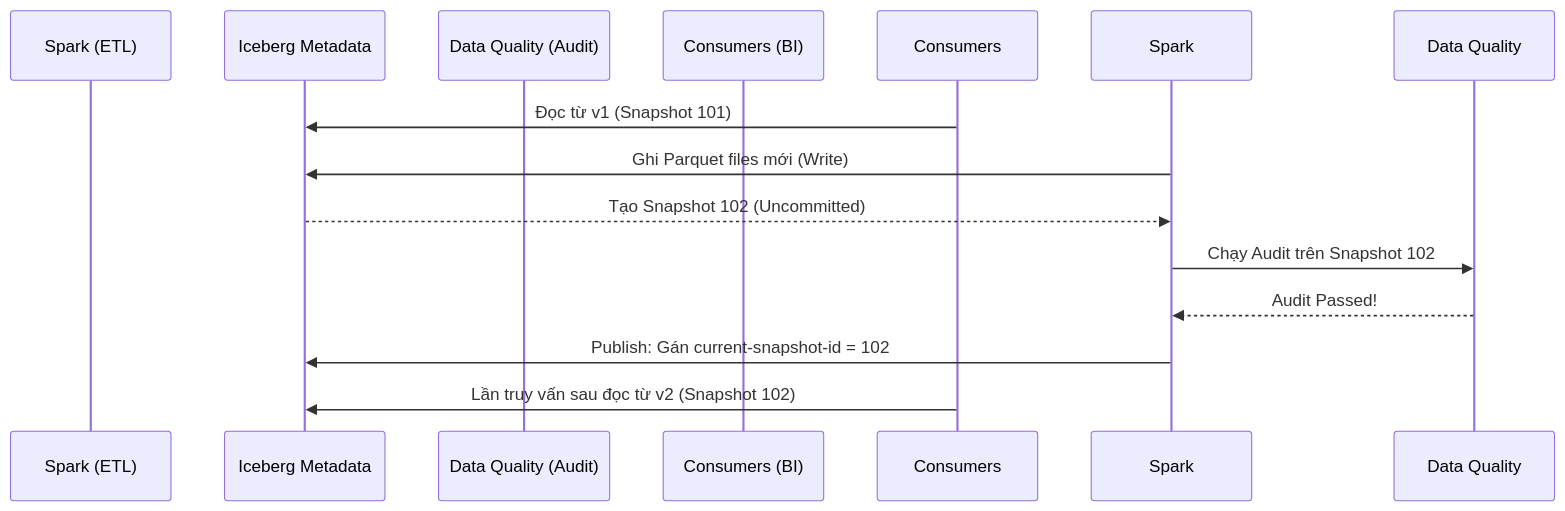
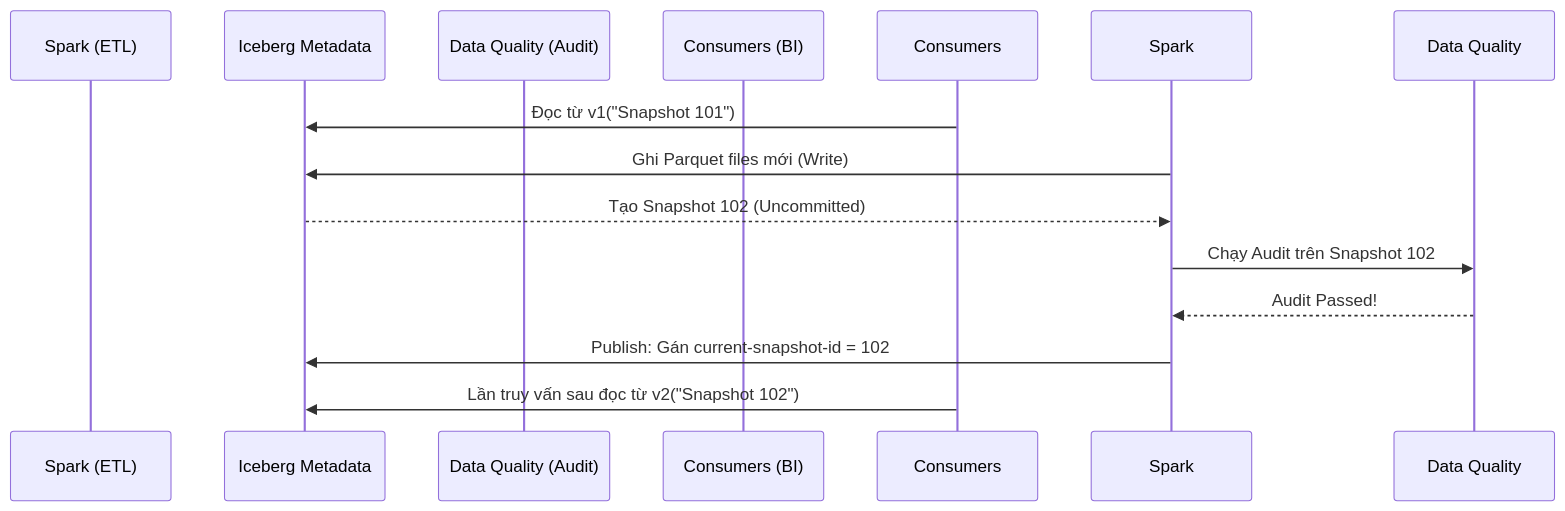
Before and after one commit to kythuatdulieu/kythuatdulieu.github.io: the second of 2 diagrams in src/content/docs/concepts/7-dataops-orchestration-quality/blue-green-deployment-data.md, drawn with Mermaid. The commit also changed other lines of this file and 190 other files, not shown here.

Commit message:
fix: resolve mermaid syntax, math rendering, and metadata issues from content rewrite

````diff
--- a/src/content/docs/concepts/7-dataops-orchestration-quality/blue-green-deployment-data.md
+++ b/src/content/docs/concepts/7-dataops-orchestration-quality/blue-green-deployment-data.md
@@ -87,15 +87,15 @@
 ```mermaid
 sequenceDiagram
     participant Spark (ETL)
     participant Iceberg Metadata
     participant Data Quality (Audit)
     participant Consumers (BI)
 
-    Consumers->>Iceberg Metadata: Đọc từ v1 (Snapshot 101)
+    Consumers->>Iceberg Metadata: Đọc từ v1("Snapshot 101")
     Spark->>Iceberg Metadata: Ghi Parquet files mới (Write)
     Iceberg Metadata-->>Spark: Tạo Snapshot 102 (Uncommitted)
     Spark->>Data Quality: Chạy Audit trên Snapshot 102
     Data Quality-->>Spark: Audit Passed!
     Spark->>Iceberg Metadata: Publish: Gán current-snapshot-id = 102
-    Consumers->>Iceberg Metadata: Lần truy vấn sau đọc từ v2 (Snapshot 102)
+    Consumers->>Iceberg Metadata: Lần truy vấn sau đọc từ v2("Snapshot 102")
 ```
````
